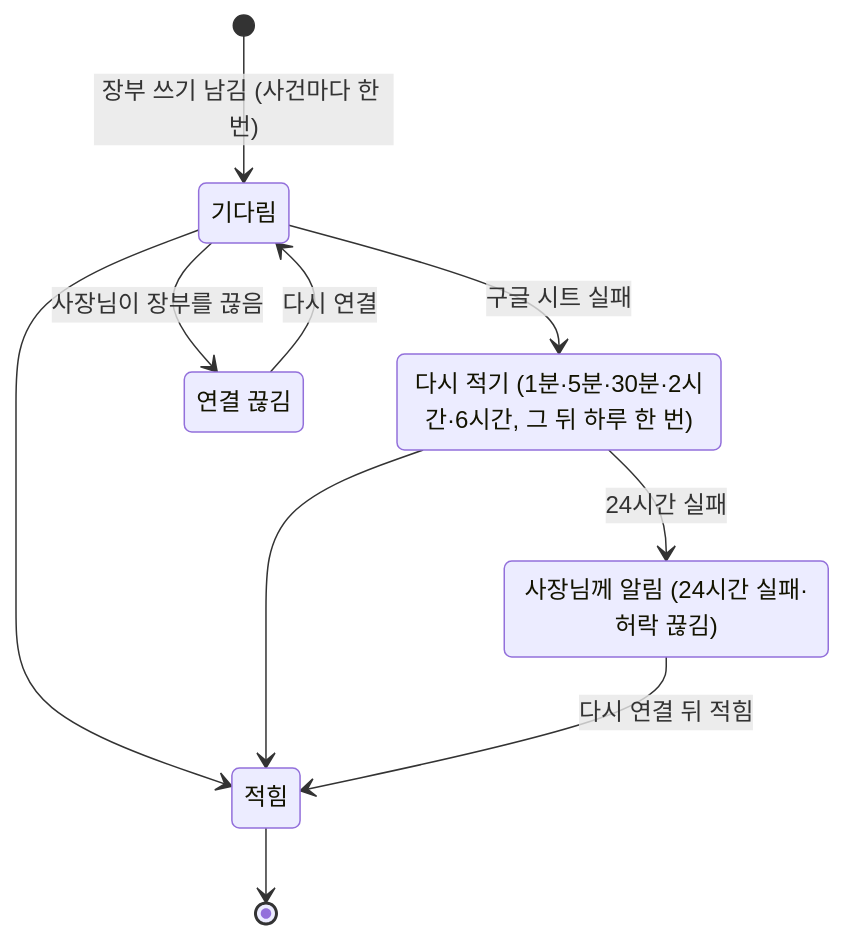
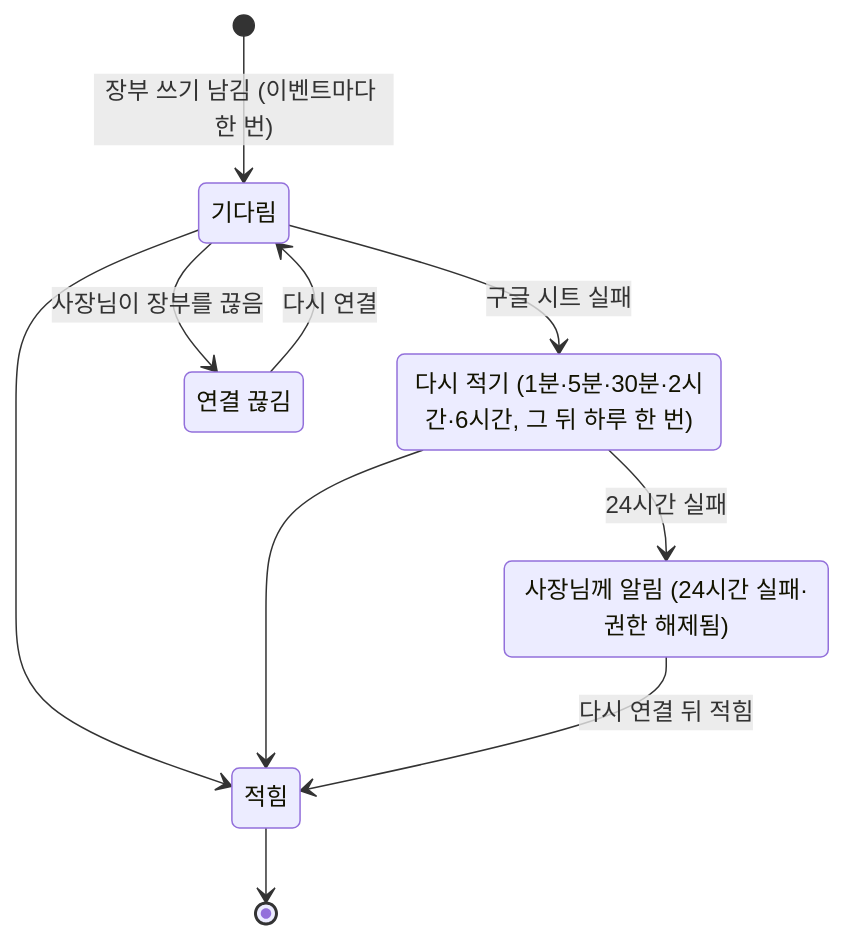
The eighth of 8 diagrams in docs/04-functional-spec/spec.md (kodonghui/siljang.ai), drawn with Mermaid before and after one commit. The commit also changed other lines of this file and 55 other files, not shown here.

````diff
--- a/docs/04-functional-spec/spec.md
+++ b/docs/04-functional-spec/spec.md
@@ -204,17 +204,17 @@
 ```mermaid
 stateDiagram-v2
   state "기다림" as pending
   state "적힘" as written
   state "다시 적기 (1분·5분·30분·2시간·6시간, 그 뒤 하루 한 번)" as retry
-  state "사장님께 알림 (24시간 실패·허락 끊김)" as alerted
+  state "사장님께 알림 (24시간 실패·권한 해제됨)" as alerted
   state "연결 끊김" as unlinked
-  [*] --> pending: 장부 쓰기 남김 (사건마다 한 번)
+  [*] --> pending: 장부 쓰기 남김 (이벤트마다 한 번)
   pending --> written
   pending --> retry: 구글 시트 실패
   retry --> written
   retry --> alerted: 24시간 실패
   alerted --> written: 다시 연결 뒤 적힘
   pending --> unlinked: 사장님이 장부를 끊음
   unlinked --> pending: 다시 연결
   written --> [*]
 ```
````
